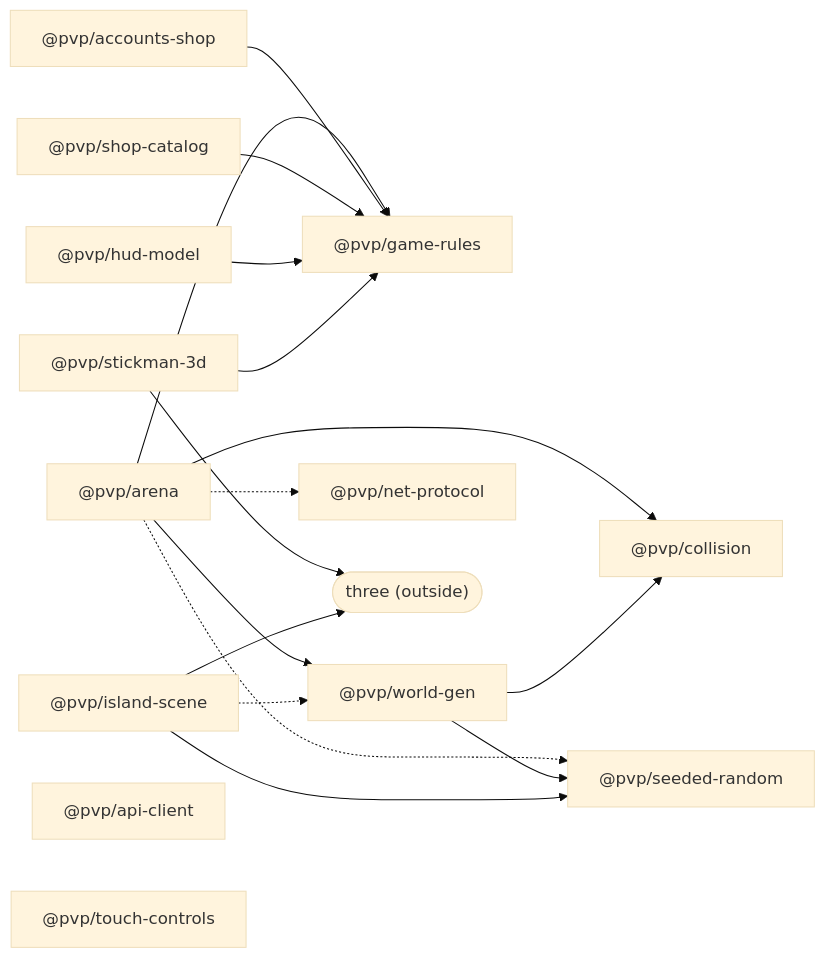
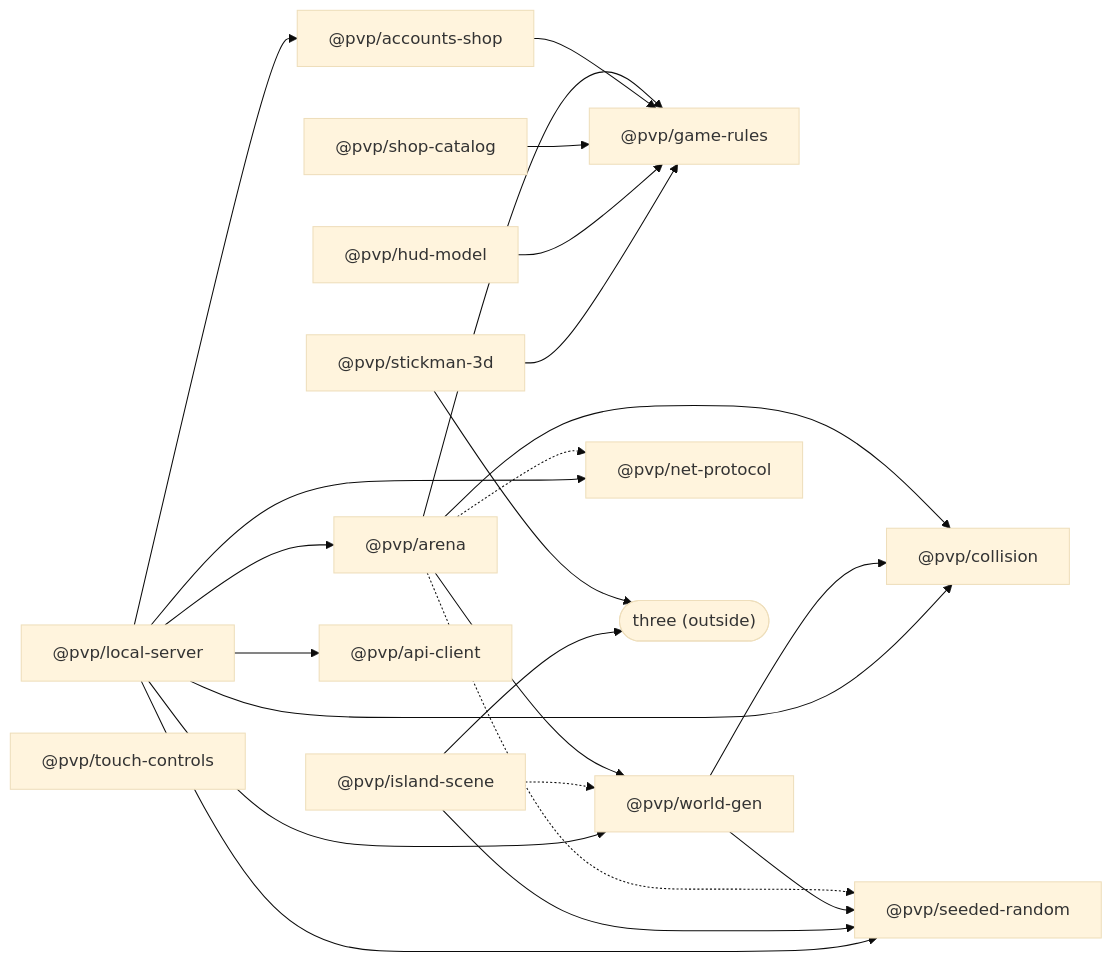
One commit to henriquemedeiros23-dev/pvp changed the diagram in CATALOG.md. Above: the diagram before and after it, drawn with Mermaid (base theme). The commit also changed other lines of this file and 30 other files, not shown here.

````diff
--- a/CATALOG.md
+++ b/CATALOG.md
@@ -15,20 +15,27 @@
 ```mermaid
 graph LR
   arena["@pvp/arena"] --> collision["@pvp/collision"]
   arena --> rules["@pvp/game-rules"]
   arena --> worldgen["@pvp/world-gen"]
   arena -.-> random["@pvp/seeded-random"]
   arena -.-> protocol["@pvp/net-protocol"]
   worldgen --> collision
   worldgen --> random
   accounts["@pvp/accounts-shop"] --> rules
   shop["@pvp/shop-catalog"] --> rules
   hud["@pvp/hud-model"] --> rules
   stickman["@pvp/stickman-3d"] --> rules
   stickman --> three(["three (outside)"])
   scene["@pvp/island-scene"] --> random
   scene --> three
   scene -.-> worldgen
   api["@pvp/api-client"]
+  local["@pvp/local-server"] --> arena
+  local --> accounts
+  local --> api
+  local --> protocol
+  local --> worldgen
+  local --> random
+  local --> collision
   controls["@pvp/touch-controls"]
 ```
````
